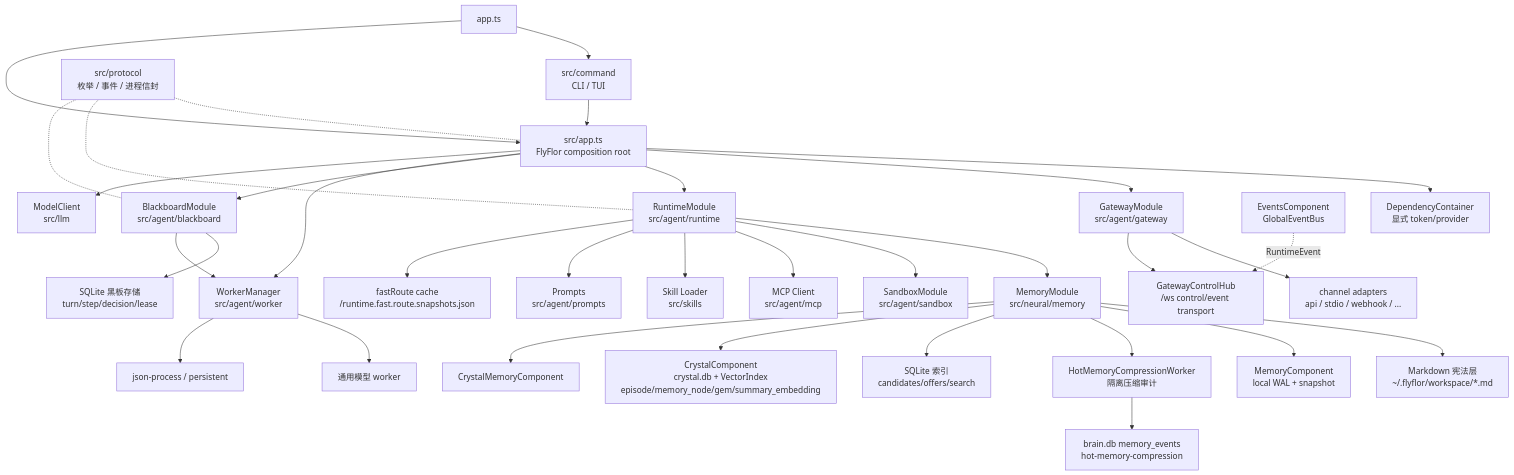
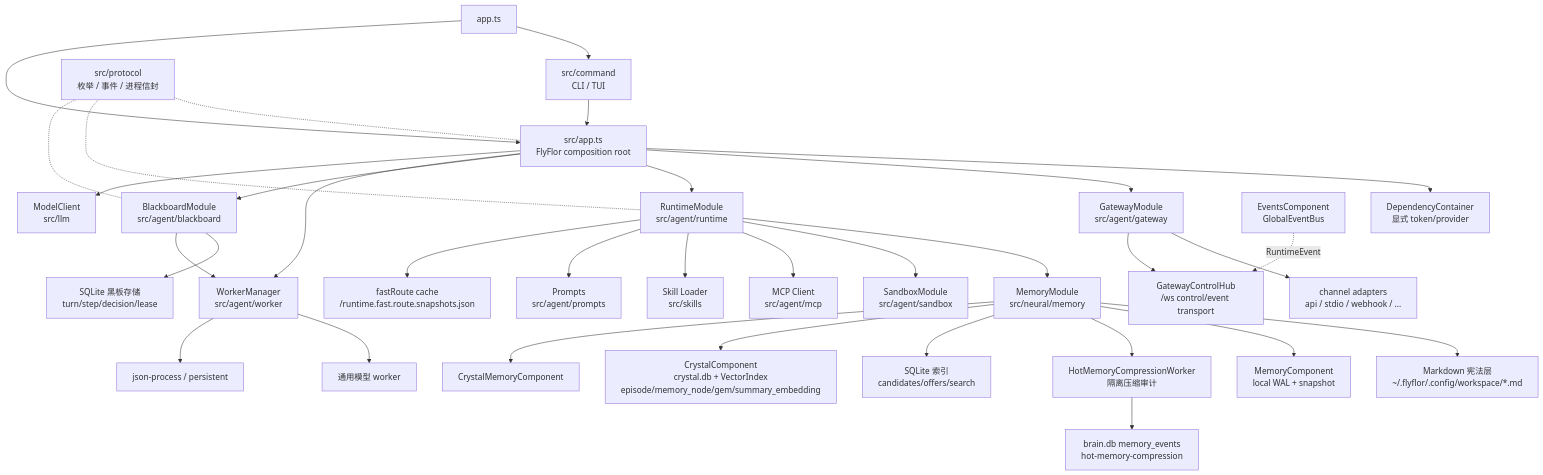
The first of 3 diagrams in docs/architecture.md (flyflor/flyflor), drawn with Mermaid before and after one commit. The commit also changed other lines of this file and 54 other files, not shown here.

````diff
--- a/docs/architecture.md
+++ b/docs/architecture.md
@@ -29,41 +29,41 @@
 ```mermaid
 flowchart TB
     Entry["app.ts"] --> Command["src/command<br/>CLI / TUI"]
     Entry --> AppRoot["src/app.ts<br/>FlyFlor composition root"]
     Command --> AppRoot
     AppRoot --> Container["DependencyContainer<br/>显式 token/provider"]
 
     AppRoot --> Gateway["GatewayModule<br/>src/agent/gateway"]
     AppRoot --> Runtime["RuntimeModule<br/>src/agent/runtime"]
     AppRoot --> Blackboard["BlackboardModule<br/>src/agent/blackboard"]
     AppRoot --> Workers["WorkerManager<br/>src/agent/worker"]
     AppRoot --> Model["ModelClient<br/>src/llm"]
 
     Runtime --> Memory["MemoryModule<br/>src/neural/memory"]
     Runtime --> Sandbox["SandboxModule<br/>src/agent/sandbox"]
     Runtime --> MCP["MCP Client<br/>src/agent/mcp"]
     Runtime --> Skills["Skill Loader<br/>src/skills"]
     Runtime --> Prompts["Prompts<br/>src/agent/prompts"]
     Runtime --> FastRouteCache["fastRoute cache<br/><cacheDir>/runtime.fast.route.snapshots.json"]
 
-    Memory --> Markdown["Markdown 宪法层<br/>~/.flyflor/workspace/*.md"]
+    Memory --> Markdown["Markdown 宪法层<br/>~/.flyflor/.config/workspace/*.md"]
     Memory --> Working["MemoryComponent<br/>local WAL + snapshot"]
     Memory --> HotCompression["HotMemoryCompressionWorker<br/>隔离压缩审计"]
     Memory --> SQLite["SQLite 索引<br/>candidates/offers/search"]
     Memory --> Graph["CrystalComponent<br/>crystal.db + VectorIndex<br/>episode/memory_node/gem/summary_embedding"]
     Memory --> Crystal["CrystalMemoryComponent"]
     HotCompression --> SQLiteBrain["brain.db memory_events<br/>hot-memory-compression"]
 
     Blackboard --> BlackboardSqlite["SQLite 黑板存储<br/>turn/step/decision/lease"]
     Blackboard --> Workers
     Workers --> ModelWorker["通用模型 worker"]
     Workers --> JsonProcess["json-process / persistent"]
 
     Gateway --> Channels["channel adapters<br/>api / stdio / webhook / ..."]
     Gateway --> ControlWs["GatewayControlHub<br/>/ws control/event transport"]
     Events["EventsComponent<br/>GlobalEventBus"] -. RuntimeEvent .-> ControlWs
 
     Protocol["src/protocol<br/>枚举 / 事件 / 进程信封"] -.- AppRoot
     Protocol -.- Runtime
     Protocol -.- Blackboard
 ```
````
